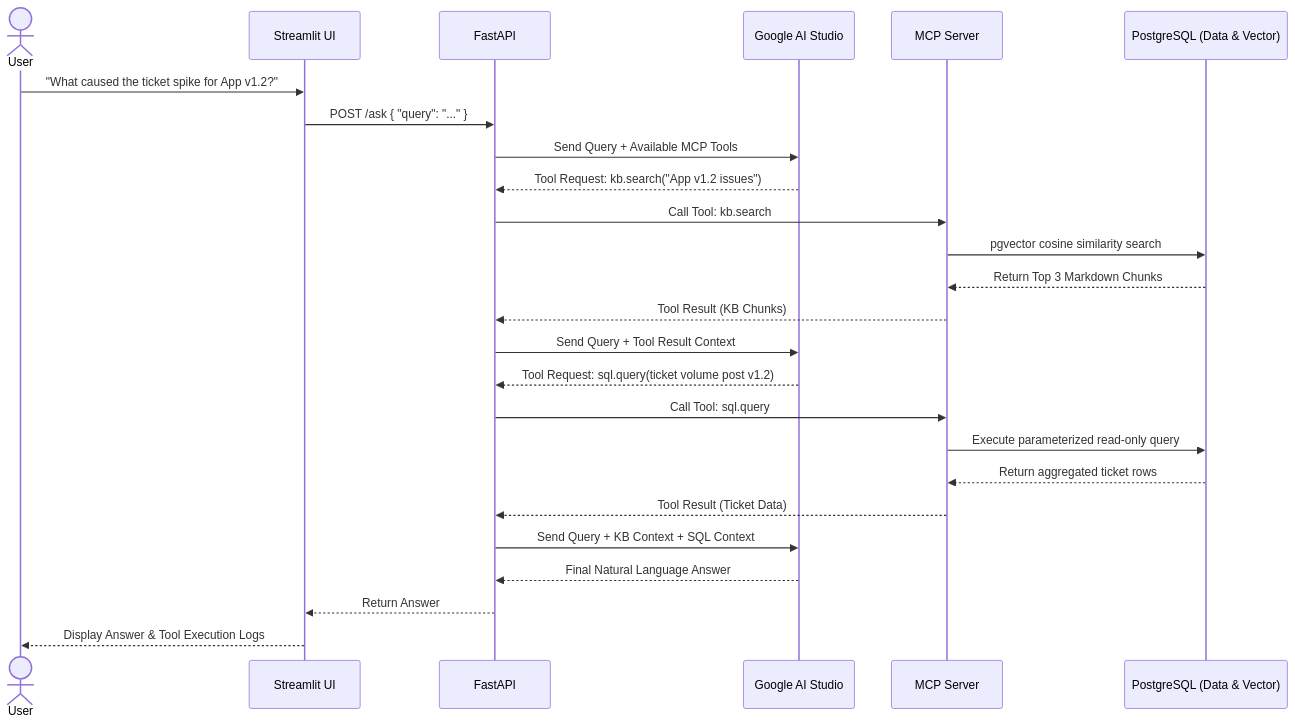
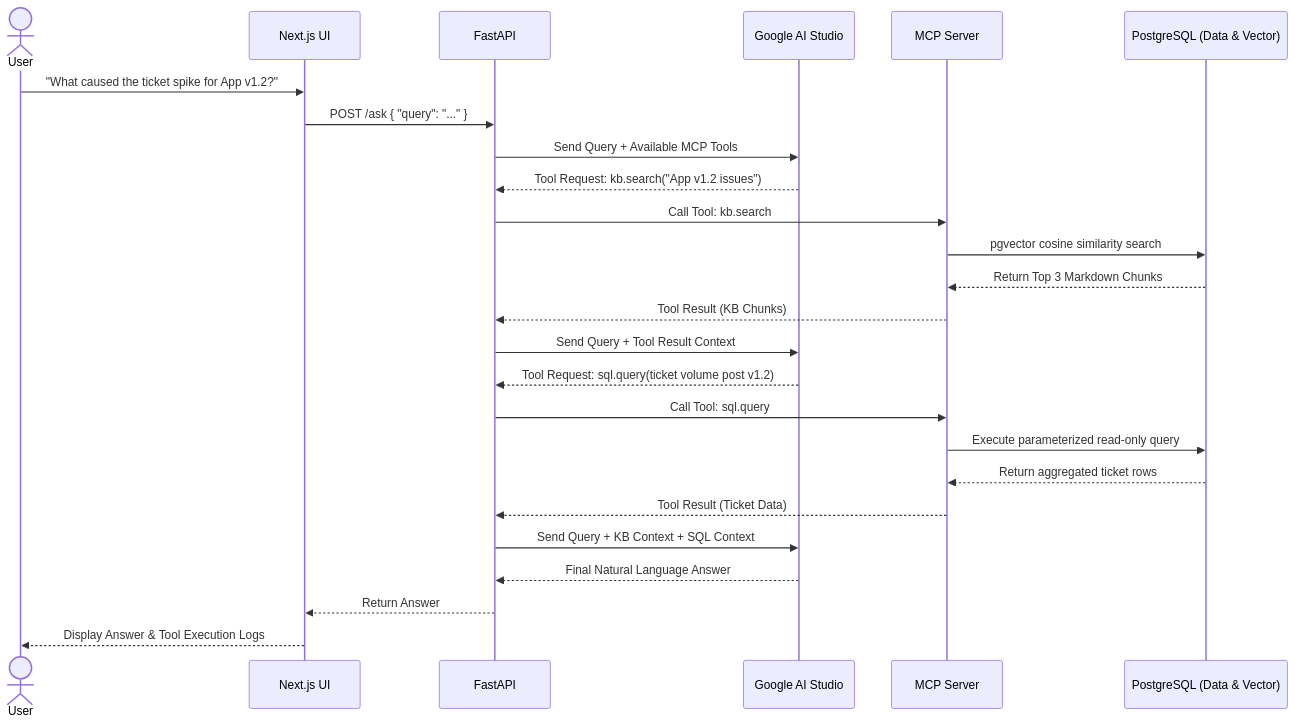
Before and after one commit to JinnawatJid/dBank: the second of 2 diagrams in ARCHITECTURE.md, drawn with Mermaid. The commit also changed other lines of this file and 4 other files, not shown here.

````diff
--- a/ARCHITECTURE.md
+++ b/ARCHITECTURE.md
@@ -86,34 +86,34 @@
 ```mermaid
 sequenceDiagram
     actor User
-    participant UI as Streamlit UI
+    participant UI as Next.js UI
     participant API as FastAPI
     participant LLM as Google AI Studio
     participant MCP as MCP Server
     participant DB as PostgreSQL (Data & Vector)
 
     User->>UI: "What caused the ticket spike for App v1.2?"
     UI->>API: POST /ask { "query": "..." }
 
     API->>LLM: Send Query + Available MCP Tools
     LLM-->>API: Tool Request: kb.search("App v1.2 issues")
 
     API->>MCP: Call Tool: kb.search
     MCP->>DB: pgvector cosine similarity search
     DB-->>MCP: Return Top 3 Markdown Chunks
     MCP-->>API: Tool Result (KB Chunks)
 
     API->>LLM: Send Query + Tool Result Context
     LLM-->>API: Tool Request: sql.query(ticket volume post v1.2)
 
     API->>MCP: Call Tool: sql.query
     MCP->>DB: Execute parameterized read-only query
     DB-->>MCP: Return aggregated ticket rows
     MCP-->>API: Tool Result (Ticket Data)
 
     API->>LLM: Send Query + KB Context + SQL Context
     LLM-->>API: Final Natural Language Answer
 
     API-->>UI: Return Answer
     UI-->>User: Display Answer & Tool Execution Logs
 ```
````
